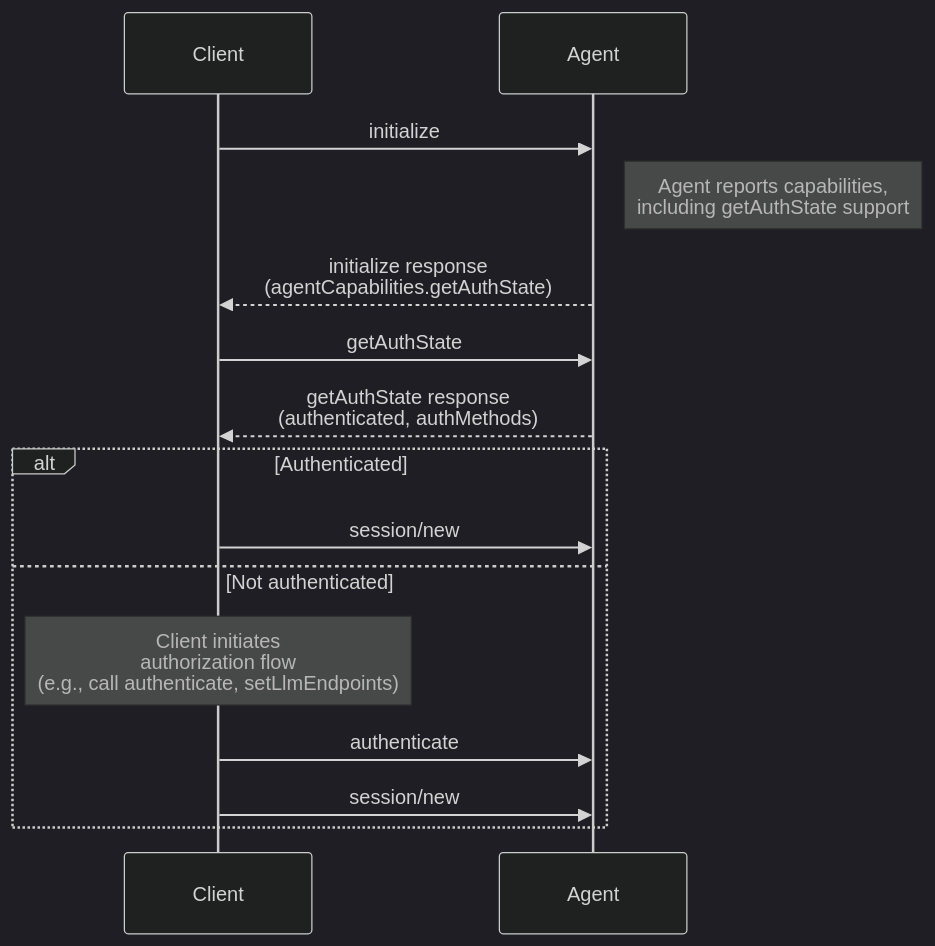
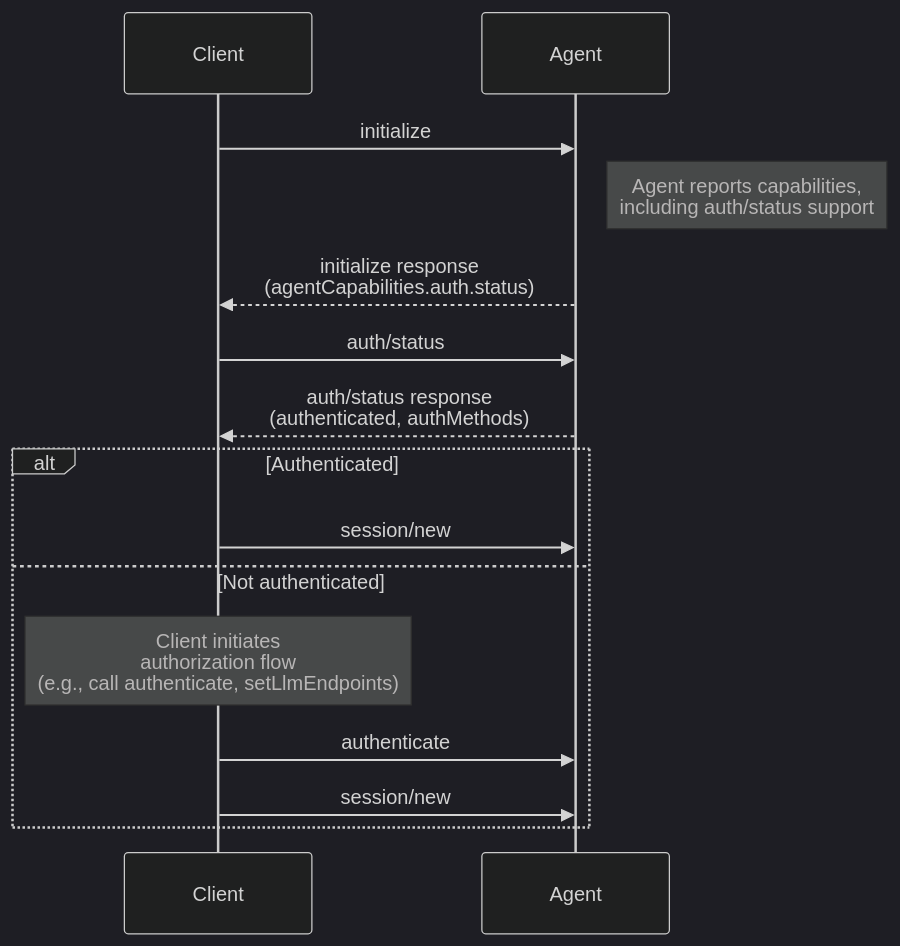
Before and after one commit to agentclientprotocol/agent-client-protocol: the diagram in docs/rfds/get-auth-state.mdx, drawn with Mermaid (dark theme). The commit also changed other lines of this file, not shown here.

Commit message:
docs: naming improvements in `auth/status` RFD

````diff
--- a/docs/rfds/get-auth-state.mdx
+++ b/docs/rfds/get-auth-state.mdx
@@ -50,20 +50,20 @@
 ```mermaid
 sequenceDiagram
     participant Client
     participant Agent
 
     Client->>Agent: initialize
-    Note right of Agent: Agent reports capabilities,<br/>including getAuthState support
-    Agent-->>Client: initialize response<br/>(agentCapabilities.getAuthState)
+    Note right of Agent: Agent reports capabilities,<br/>including auth/status support
+    Agent-->>Client: initialize response<br/>(agentCapabilities.auth.status)
 
-    Client->>Agent: getAuthState
-    Agent-->>Client: getAuthState response<br/>(authenticated, authMethods)
+    Client->>Agent: auth/status
+    Agent-->>Client: auth/status response<br/>(authenticated, authMethods)
 
     alt Authenticated
         Client->>Agent: session/new
     else Not authenticated
         Note over Client: Client initiates<br/>authorization flow<br/>(e.g., call authenticate, setLlmEndpoints)
         Client->>Agent: authenticate
         Client->>Agent: session/new
     end
 ```
````
